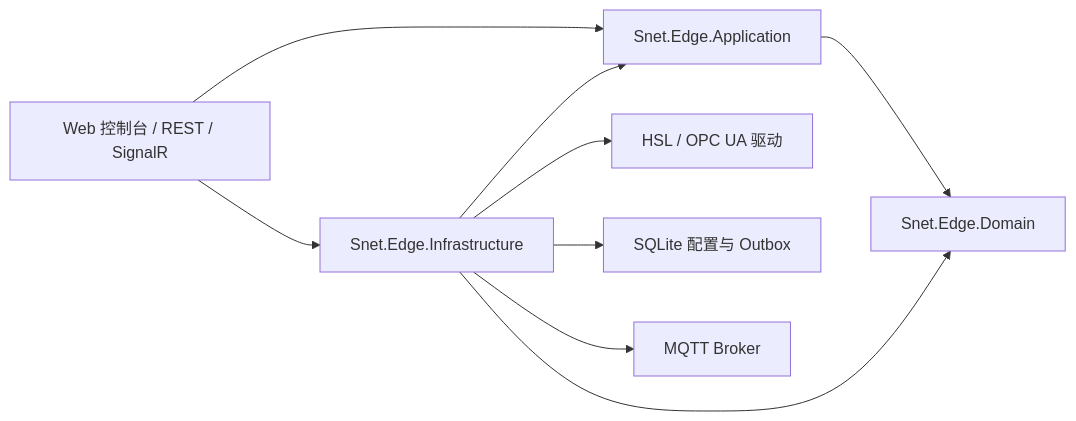
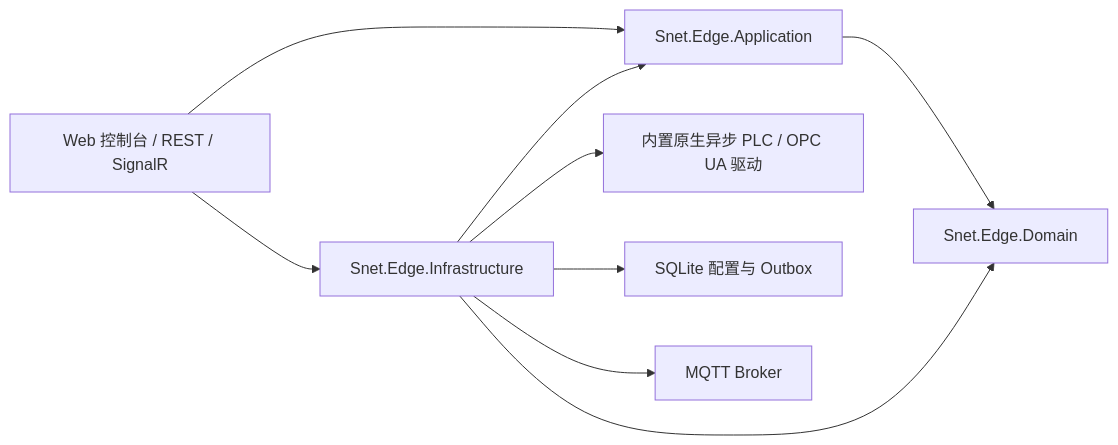
The diagram in README.md (XTH6878/EdgeNexus), drawn with Mermaid before and after one commit. The commit also changed other lines of this file and 22 other files, not shown here.

Commit message:
feat(protocols): replace HslCommunication with native async PLC stack, optimize hot paths, and add Apache-2.0 license

````diff
--- a/README.md
+++ b/README.md
@@ -76,19 +76,19 @@
 ```mermaid
 flowchart LR
     Web["Web 控制台 / REST / SignalR"]
     App["Snet.Edge.Application"]
     Domain["Snet.Edge.Domain"]
     Infra["Snet.Edge.Infrastructure"]
-    Plc["HSL / OPC UA 驱动"]
+    Plc["内置原生异步 PLC / OPC UA 驱动"]
     Db["SQLite 配置与 Outbox"]
     Broker["MQTT Broker"]
 
     Web --> App
     Web --> Infra
     App --> Domain
     Infra --> App
     Infra --> Domain
     Infra --> Plc
     Infra --> Db
     Infra --> Broker
 ```
````
